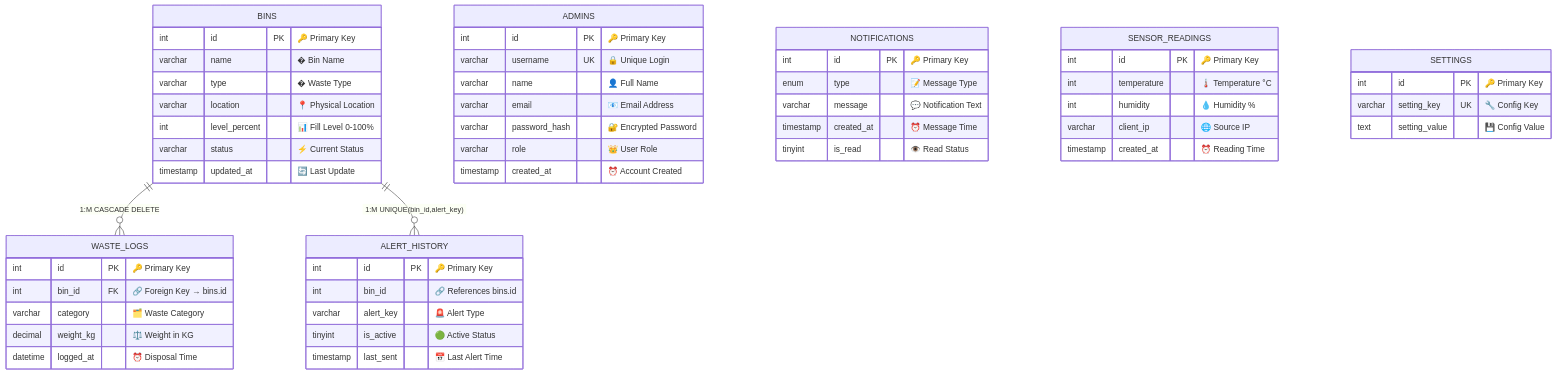
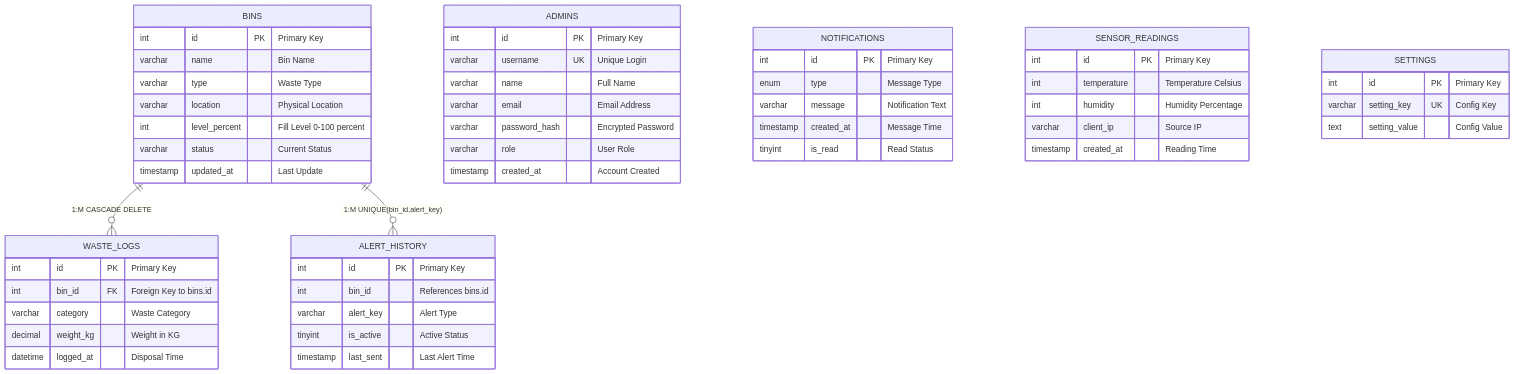
One commit to gabnavph/Uniform-detection-system changed the second of 8 diagrams in docs/other system.md. Above: the diagram before and after it, drawn with Mermaid. The commit also changed other lines of this file, not shown here.

First line of the commit message:
Revise documentation for SMART WASTE SYSTEM

````diff
--- a/docs/other system.md
+++ b/docs/other system.md
@@ -49,63 +49,63 @@
 ```mermaid
 erDiagram
     BINS {
-        int id PK "🔑 Primary Key"
-        varchar name "� Bin Name"
-        varchar type "� Waste Type"
-        varchar location "📍 Physical Location"
-        int level_percent "📊 Fill Level 0-100%"
-        varchar status "⚡ Current Status"
-        timestamp updated_at "🔄 Last Update"
+        int id PK "Primary Key"
+        varchar name "Bin Name"
+        varchar type "Waste Type"
+        varchar location "Physical Location"
+        int level_percent "Fill Level 0-100 percent"
+        varchar status "Current Status"
+        timestamp updated_at "Last Update"
     }
     
     WASTE_LOGS {
-        int id PK "🔑 Primary Key"
-        int bin_id FK "🔗 Foreign Key → bins.id"
-        varchar category "🗂️ Waste Category"
-        decimal weight_kg "⚖️ Weight in KG"
-        datetime logged_at "⏰ Disposal Time"
+        int id PK "Primary Key"
+        int bin_id FK "Foreign Key to bins.id"
+        varchar category "Waste Category"
+        decimal weight_kg "Weight in KG"
+        datetime logged_at "Disposal Time"
     }
     
     ALERT_HISTORY {
-        int id PK "🔑 Primary Key"
-        int bin_id "🔗 References bins.id"
-        varchar alert_key "🚨 Alert Type"
-        tinyint is_active "🟢 Active Status"
-        timestamp last_sent "📅 Last Alert Time"
+        int id PK "Primary Key"
+        int bin_id "References bins.id"
+        varchar alert_key "Alert Type"
+        tinyint is_active "Active Status"
+        timestamp last_sent "Last Alert Time"
     }
     
     ADMINS {
-        int id PK "🔑 Primary Key"
-        varchar username UK "🔒 Unique Login"
-        varchar name "👤 Full Name"
-        varchar email "📧 Email Address"
-        varchar password_hash "🔐 Encrypted Password"
-        varchar role "👑 User Role"
-        timestamp created_at "⏰ Account Created"
+        int id PK "Primary Key"
+        varchar username UK "Unique Login"
+        varchar name "Full Name"
+        varchar email "Email Address"
+        varchar password_hash "Encrypted Password"
+        varchar role "User Role"
+        timestamp created_at "Account Created"
     }
     
     NOTIFICATIONS {
-        int id PK "🔑 Primary Key"
-        enum type "📝 Message Type"
-        varchar message "💬 Notification Text"
-        timestamp created_at "⏰ Message Time"
-        tinyint is_read "👁️ Read Status"
+        int id PK "Primary Key"
+        enum type "Message Type"
+        varchar message "Notification Text"
+        timestamp created_at "Message Time"
+        tinyint is_read "Read Status"
     }
     
     SENSOR_READINGS {
-        int id PK "🔑 Primary Key"
-        int temperature "🌡️ Temperature °C"
-        int humidity "💧 Humidity %"
-        varchar client_ip "🌐 Source IP"
-        timestamp created_at "⏰ Reading Time"
+        int id PK "Primary Key"
+        int temperature "Temperature Celsius"
+        int humidity "Humidity Percentage"
+        varchar client_ip "Source IP"
+        timestamp created_at "Reading Time"
     }
     
     SETTINGS {
-        int id PK "🔑 Primary Key"
-        varchar setting_key UK "🔧 Config Key"
-        text setting_value "💾 Config Value"
+        int id PK "Primary Key"
+        varchar setting_key UK "Config Key"
+        text setting_value "Config Value"
     }
 
     BINS ||--o{ WASTE_LOGS : "1:M CASCADE DELETE"
     BINS ||--o{ ALERT_HISTORY : "1:M UNIQUE(bin_id,alert_key)"
 ```
````
